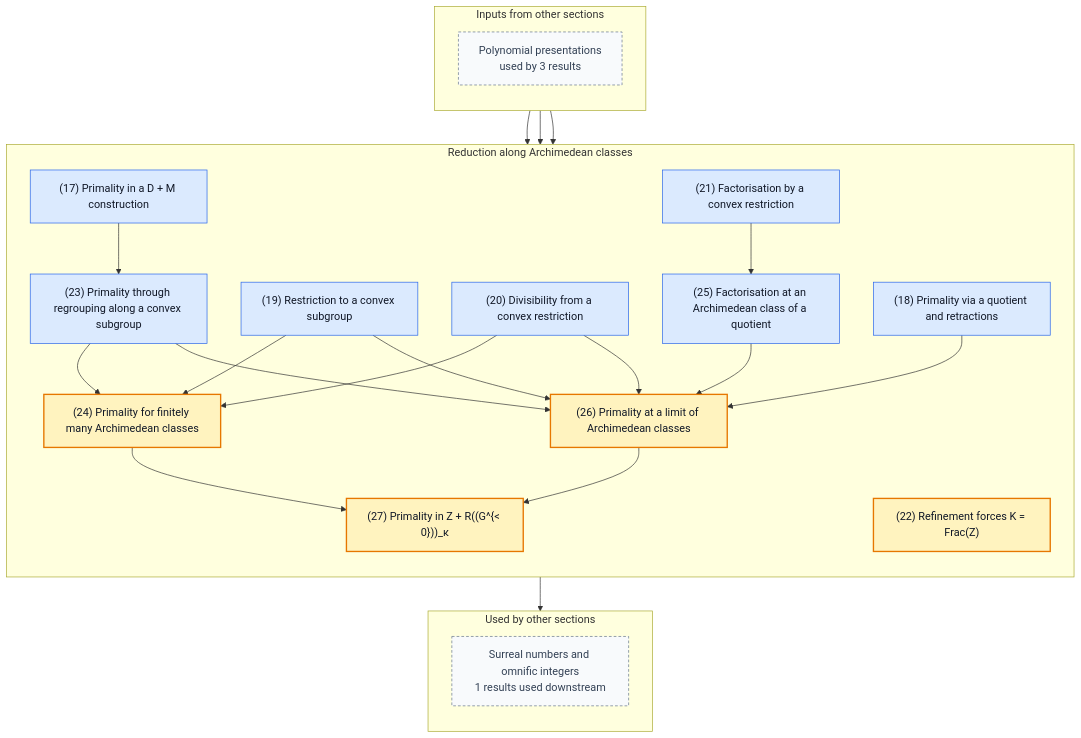
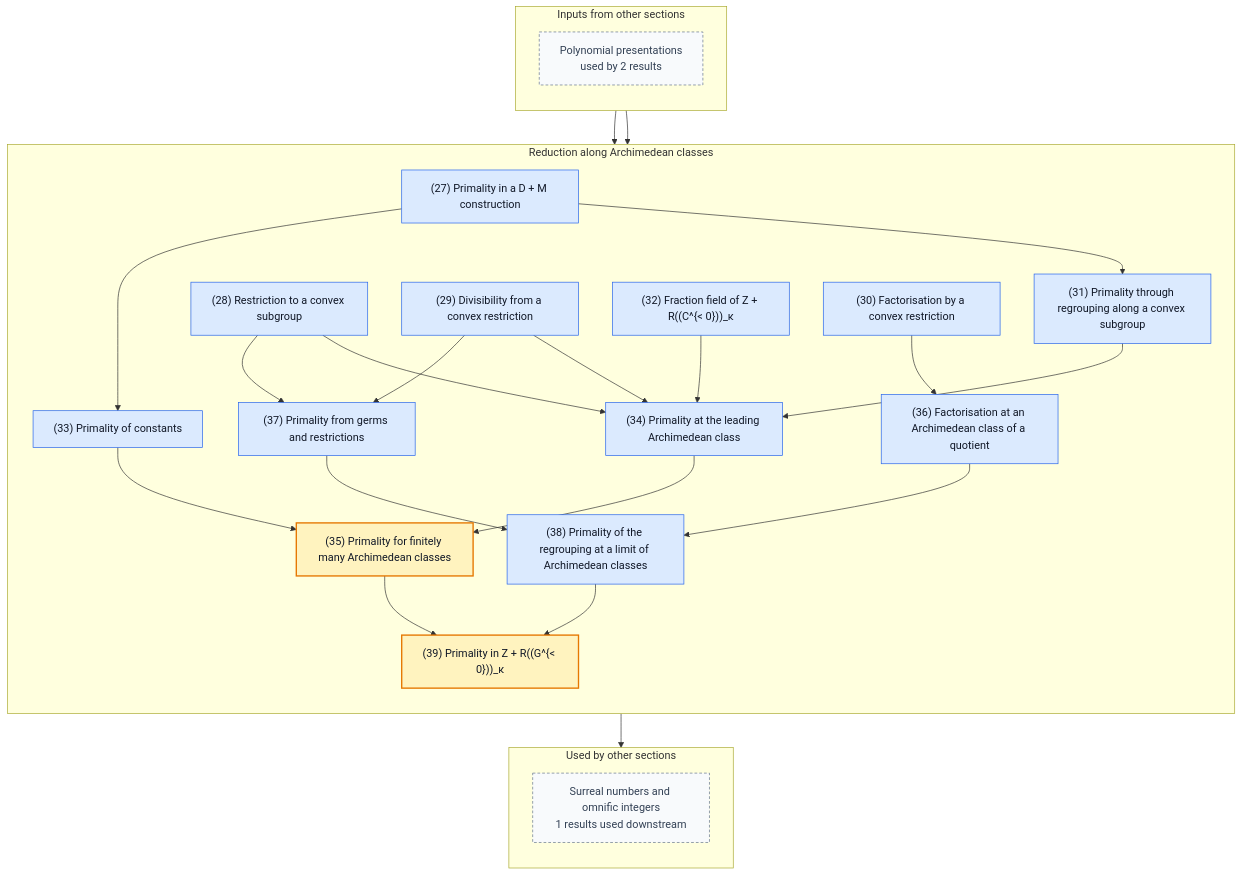
Before and after one commit to gaearon/conway-refinement: the fourth of 5 diagrams in README.md, drawn with Mermaid. The commit also changed other lines of this file and 46 other files, not shown here.

````diff
--- a/README.md
+++ b/README.md
@@ -308,64 +346,70 @@
 ```mermaid
 %% Generated by scripts/blueprint.sh; do not edit.
 %% Other sections are compressed to boundary nodes.
 %% Solid arrows are proof dependencies; dashed arrows are statement dependencies.
 flowchart TB
   subgraph inputs["Inputs from other sections"]
     direction TB
-    in0["Polynomial presentations<br/>used by 3 results"]:::boundary
+    in0["Polynomial presentations<br/>used by 2 results"]:::boundary
   end
   subgraph current["Reduction along Archimedean classes"]
     direction TB
-    n017["(17) Primality in a D + M construction"]:::lemma
-    n018["(18) Primality via a quotient and retractions"]:::lemma
-    n019["(19) Restriction to a convex subgroup"]:::lemma
-    n020["(20) Divisibility from a convex restriction"]:::lemma
-    n021["(21) Factorisation by a convex restriction"]:::lemma
-    n022["(22) Refinement forces K = Frac(Z)"]:::theorem
-    n023["(23) Primality through regrouping along a convex subgroup"]:::lemma
-    n024["(24) Primality for finitely many Archimedean classes"]:::theorem
-    n025["(25) Factorisation at an Archimedean class of a quotient"]:::lemma
-    n026["(26) Primality at a limit of Archimedean classes"]:::theorem
-    n027["(27) Primality in Z + R((G^{&lt; 0}))_κ"]:::theorem
+    n027["(27) Primality in a D + M construction"]:::lemma
+    n028["(28) Restriction to a convex subgroup"]:::lemma
+    n029["(29) Divisibility from a convex restriction"]:::lemma
+    n030["(30) Factorisation by a convex restriction"]:::lemma
+    n031["(31) Primality through regrouping along a convex subgroup"]:::lemma
+    n032["(32) Fraction field of Z + R((C^{&lt; 0}))_κ"]:::lemma
+    n033["(33) Primality of constants"]:::lemma
+    n034["(34) Primality at the leading Archimedean class"]:::lemma
+    n035["(35) Primality for finitely many Archimedean classes"]:::theorem
+    n036["(36) Factorisation at an Archimedean class of a quotient"]:::lemma
+    n037["(37) Primality from germs and restrictions"]:::lemma
+    n038["(38) Primality of the regrouping at a limit of Archimedean classes"]:::lemma
+    n039["(39) Primality in Z + R((G^{&lt; 0}))_κ"]:::theorem
   end
   subgraph outputs["Used by other sections"]
     direction TB
     out0["Surreal numbers and omnific integers<br/>1 results used downstream"]:::boundary
   end
 
-  n017 --> n023
-  n019 --> n024
-  n020 --> n024
-  n023 --> n024
-  n021 --> n025
-  n018 --> n026
-  n019 --> n026
-  n020 --> n026
-  n023 --> n026
-  n025 --> n026
-  n024 --> n027
-  n026 --> n027
-  in0 --> n022
-  in0 --> n024
-  in0 --> n026
-  n027 --> out0
-  click n017 "https://gaearon.github.io/conway-refinement/#/result/primality-in-d-plus-m" "Open the statement for lemma 17"
-  click n018 "https://gaearon.github.io/conway-refinement/#/result/primality-from-germs-and-restrictions" "Open the statement for lemma 18"
-  click n019 "https://gaearon.github.io/conway-refinement/#/result/convex-restriction-ring-hom" "Open the statement for lemma 19"
-  click n020 "https://gaearon.github.io/conway-refinement/#/result/divisibility-from-convex-restriction" "Open the statement for lemma 20"
-  click n021 "https://gaearon.github.io/conway-refinement/#/result/factorisation-by-convex-restriction" "Open the statement for lemma 21"
-  click n022 "https://gaearon.github.io/conway-refinement/#/result/refinement-forces-coefficient-fraction-field" "Open the statement for theorem 22"
-  click n023 "https://gaearon.github.io/conway-refinement/#/result/primality-through-regrouping" "Open the statement for lemma 23"
-  click n024 "https://gaearon.github.io/conway-refinement/#/result/finite-support-classes-primality" "Open the statement for theorem 24"
-  click n025 "https://gaearon.github.io/conway-refinement/#/result/support-class-factorisation" "Open the statement for lemma 25"
-  click n026 "https://gaearon.github.io/conway-refinement/#/result/limit-tail-step" "Open the statement for theorem 26"
-  click n027 "https://gaearon.github.io/conway-refinement/#/result/hahn-integer-part-primality" "Open the statement for theorem 27"
+  n027 --> n031
+  n027 --> n033
+  n028 --> n034
+  n029 --> n034
+  n031 --> n034
+  n032 --> n034
+  n033 --> n035
+  n034 --> n035
+  n030 --> n036
+  n028 --> n037
+  n029 --> n037
+  n036 --> n038
+  n037 --> n038
+  n035 --> n039
+  n038 --> n039
+  in0 --> n034
+  in0 --> n037
+  n039 --> out0
+  click n027 "https://gaearon.github.io/conway-refinement/#/result/primality-in-d-plus-m" "Open the statement for lemma 27"
+  click n028 "https://gaearon.github.io/conway-refinement/#/result/convex-restriction-ring-hom" "Open the statement for lemma 28"
+  click n029 "https://gaearon.github.io/conway-refinement/#/result/divisibility-from-convex-restriction" "Open the statement for lemma 29"
+  click n030 "https://gaearon.github.io/conway-refinement/#/result/factorisation-by-convex-restriction" "Open the statement for lemma 30"
+  click n031 "https://gaearon.github.io/conway-refinement/#/result/primality-through-regrouping" "Open the statement for lemma 31"
+  click n032 "https://gaearon.github.io/conway-refinement/#/result/fraction-field-from-cofinality" "Open the statement for lemma 32"
+  click n033 "https://gaearon.github.io/conway-refinement/#/result/primality-of-constants" "Open the statement for lemma 33"
+  click n034 "https://gaearon.github.io/conway-refinement/#/result/primality-at-leading-class" "Open the statement for lemma 34"
+  click n035 "https://gaearon.github.io/conway-refinement/#/result/finite-support-classes-primality" "Open the statement for theorem 35"
+  click n036 "https://gaearon.github.io/conway-refinement/#/result/support-class-factorisation" "Open the statement for lemma 36"
+  click n037 "https://gaearon.github.io/conway-refinement/#/result/primality-from-germs" "Open the statement for lemma 37"
+  click n038 "https://gaearon.github.io/conway-refinement/#/result/regrouped-primality-at-limit" "Open the statement for lemma 38"
+  click n039 "https://gaearon.github.io/conway-refinement/#/result/hahn-integer-part-primality" "Open the statement for theorem 39"
 
   classDef theorem fill:#fff3bf,stroke:#e67700,stroke-width:2px,color:#111827
   classDef definition fill:#f3f4f6,stroke:#4b5563,color:#111827
   classDef lemma fill:#dbeafe,stroke:#2563eb,color:#111827
   classDef proposition fill:#ede9fe,stroke:#7c3aed,color:#111827
   classDef corollary fill:#dcfce7,stroke:#16a34a,color:#111827
   classDef fact fill:#fce7f3,stroke:#db2777,color:#111827
   classDef boundary fill:#f8fafc,stroke:#64748b,stroke-dasharray:4 3,color:#334155
 ```
````
